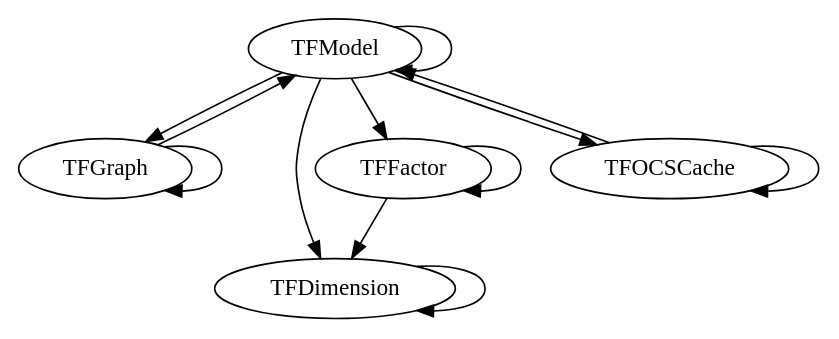
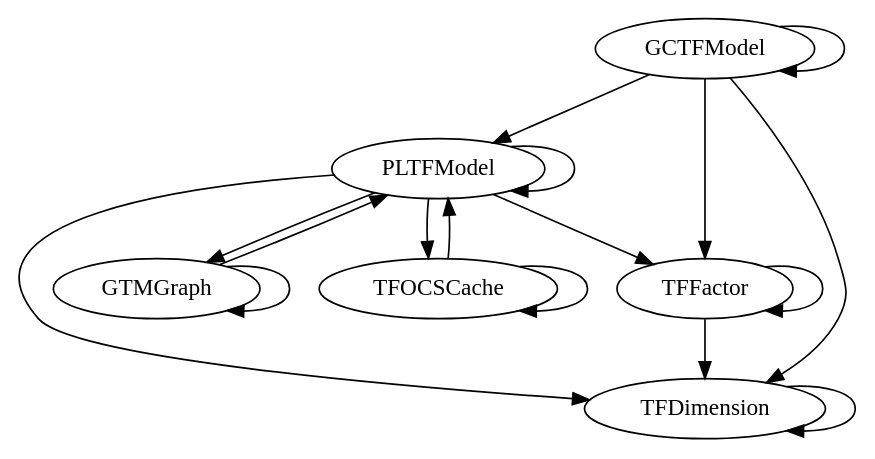
One commit to atcemgil/tft changed the diagram in doc/tft/graph.dot. Above: the diagram before and after it, drawn with Graphviz. The commit also changed 15 other files, not shown here.

```diff
--- a/doc/tft/graph.dot
+++ b/doc/tft/graph.dot
@@ -1,21 +1,26 @@
 /* Created by mdot for Matlab */
 digraph m2html {
+  GCTFModel -> GCTFModel;
+  GCTFModel -> PLTFModel;
+  GCTFModel -> TFDimension;
+  GCTFModel -> TFFactor;
+  GTMGraph -> GTMGraph;
+  GTMGraph -> PLTFModel;
+  PLTFModel -> GTMGraph;
+  PLTFModel -> PLTFModel;
+  PLTFModel -> TFDimension;
+  PLTFModel -> TFFactor;
+  PLTFModel -> TFOCSCache;
   TFDimension -> TFDimension;
   TFFactor -> TFDimension;
   TFFactor -> TFFactor;
-  TFGraph -> TFGraph;
-  TFGraph -> TFModel;
-  TFModel -> TFDimension;
-  TFModel -> TFFactor;
-  TFModel -> TFGraph;
-  TFModel -> TFModel;
-  TFModel -> TFOCSCache;
-  TFOCSCache -> TFModel;
+  TFOCSCache -> PLTFModel;
   TFOCSCache -> TFOCSCache;
 
+  GCTFModel [URL="GCTFModel.html"];
+  GTMGraph [URL="GTMGraph.html"];
+  PLTFModel [URL="PLTFModel.html"];
   TFDimension [URL="TFDimension.html"];
   TFFactor [URL="TFFactor.html"];
-  TFGraph [URL="TFGraph.html"];
-  TFModel [URL="TFModel.html"];
   TFOCSCache [URL="TFOCSCache.html"];
 }
```
